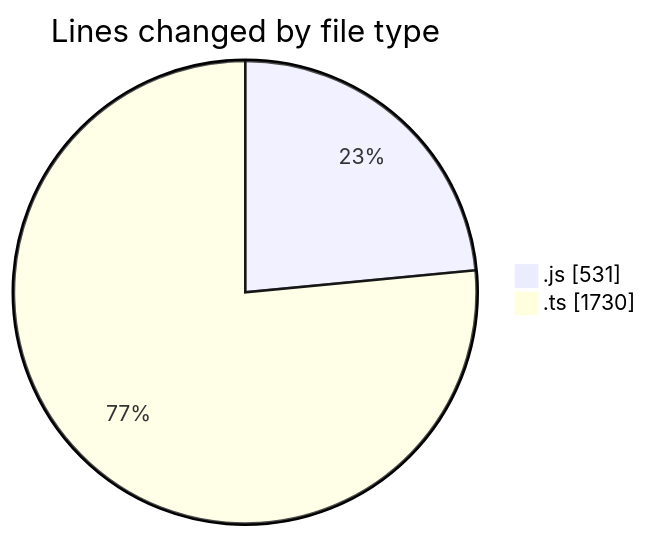
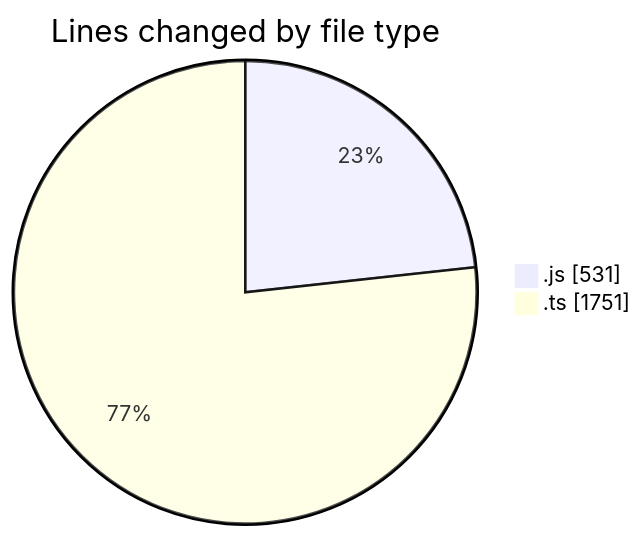
One commit to momahboobian/code-tracking changed the first of 2 diagrams in 2025-05-29/cda/README.md. Above: the diagram before and after it, drawn with Mermaid. The commit also changed other lines of this file and 1 other file, not shown here.

````diff
--- a/2025-05-29/cda/README.md
+++ b/2025-05-29/cda/README.md
@@ -22,6 +22,6 @@
 ```mermaid
 pie showData
 title Lines changed by file type
 ".js" : 531
-".ts" : 1730
+".ts" : 1751
 ```
````
